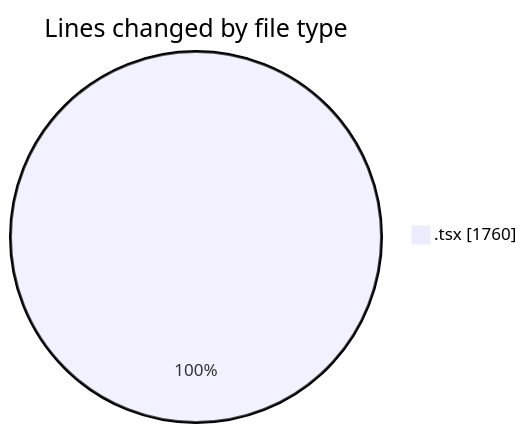
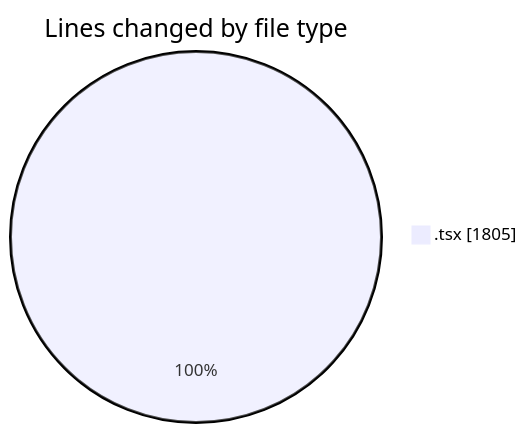
The first of 2 diagrams in 2026-03-30/nxtqube_webapp/README.md (nxtqubesakshisongat/code-tracking), drawn with Mermaid before and after one commit. The commit also changed other lines of this file and 1 other file, not shown here.

````diff
--- a/2026-03-30/nxtqube_webapp/README.md
+++ b/2026-03-30/nxtqube_webapp/README.md
@@ -22,5 +22,5 @@
 ```mermaid
 pie showData
 title Lines changed by file type
-".tsx" : 1760
+".tsx" : 1805
 ```
````
